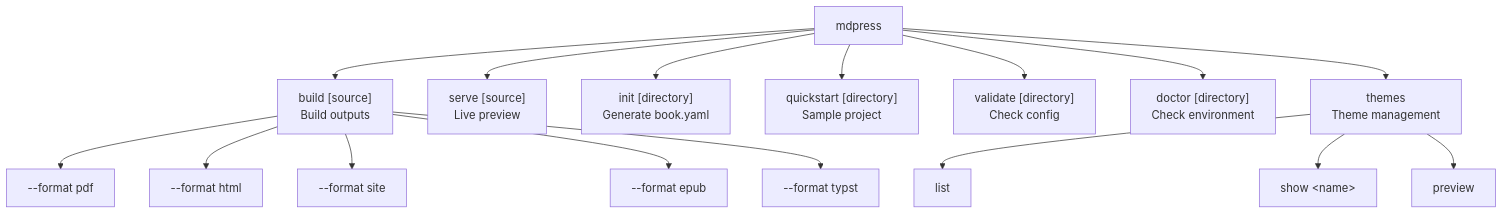
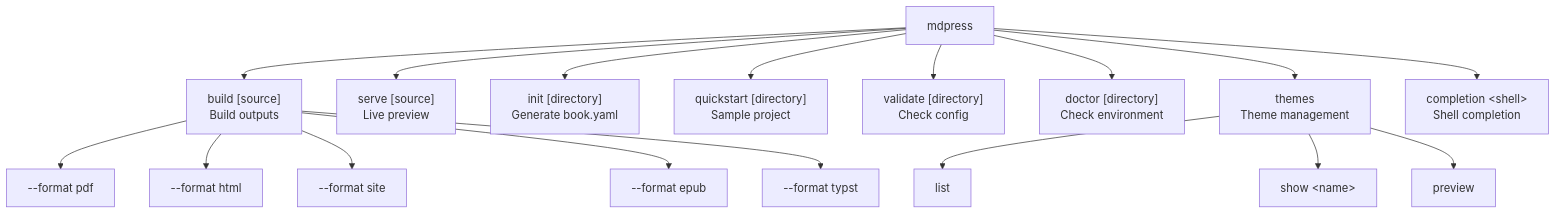
One commit to yeasy/mdPress changed the first of 2 diagrams in docs/COMMANDS.md. Above: the diagram before and after it, drawn with Mermaid. The commit also changed other lines of this file and 1 other file, not shown here.

````diff
--- a/docs/COMMANDS.md
+++ b/docs/COMMANDS.md
@@ -9,22 +9,23 @@
 ```mermaid
 flowchart TD
     root["mdpress"]
 
     root --> build["build [source]<br/>Build outputs"]
     root --> serve["serve [source]<br/>Live preview"]
     root --> init["init [directory]<br/>Generate book.yaml"]
     root --> quickstart["quickstart [directory]<br/>Sample project"]
     root --> validate["validate [directory]<br/>Check config"]
     root --> doctor["doctor [directory]<br/>Check environment"]
     root --> themes["themes<br/>Theme management"]
+    root --> completion["completion &lt;shell&gt;<br/>Shell completion"]
 
     themes --> list["list"]
     themes --> show["show &lt;name&gt;"]
     themes --> preview["preview"]
 
     build --> pdf["--format pdf"]
     build --> html["--format html"]
     build --> site["--format site"]
     build --> epub["--format epub"]
     build --> typst["--format typst"]
 ```
````
